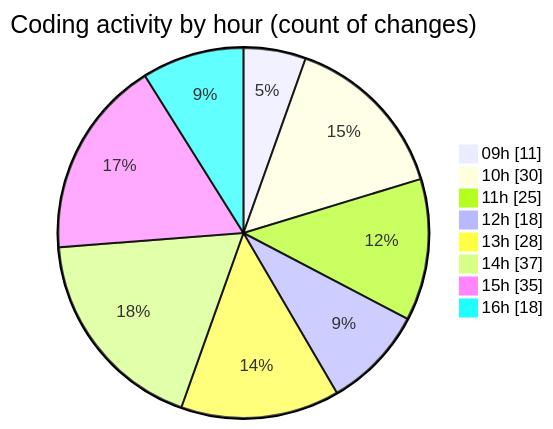
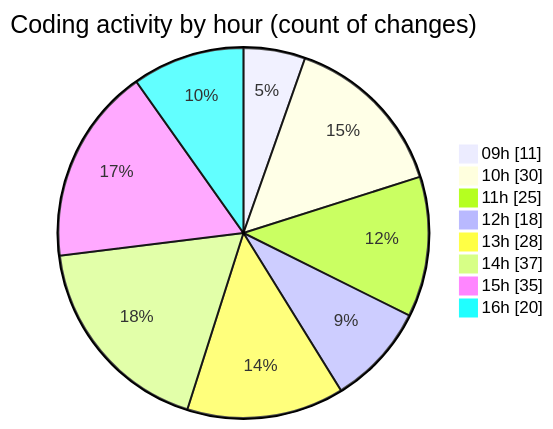
One commit to momahboobian/code-tracking changed the second of 2 diagrams in 2025-06-24/cda/README.md. Above: the diagram before and after it, drawn with Mermaid. The commit also changed other lines of this file and 1 other file, not shown here.

````diff
--- a/2025-06-24/cda/README.md
+++ b/2025-06-24/cda/README.md
@@ -35,12 +37,12 @@
 ```mermaid
 pie showData
 title Coding activity by hour (count of changes)
 "09h" : 11
 "10h" : 30
 "11h" : 25
 "12h" : 18
 "13h" : 28
 "14h" : 37
 "15h" : 35
-"16h" : 18
+"16h" : 20
 ```
````
